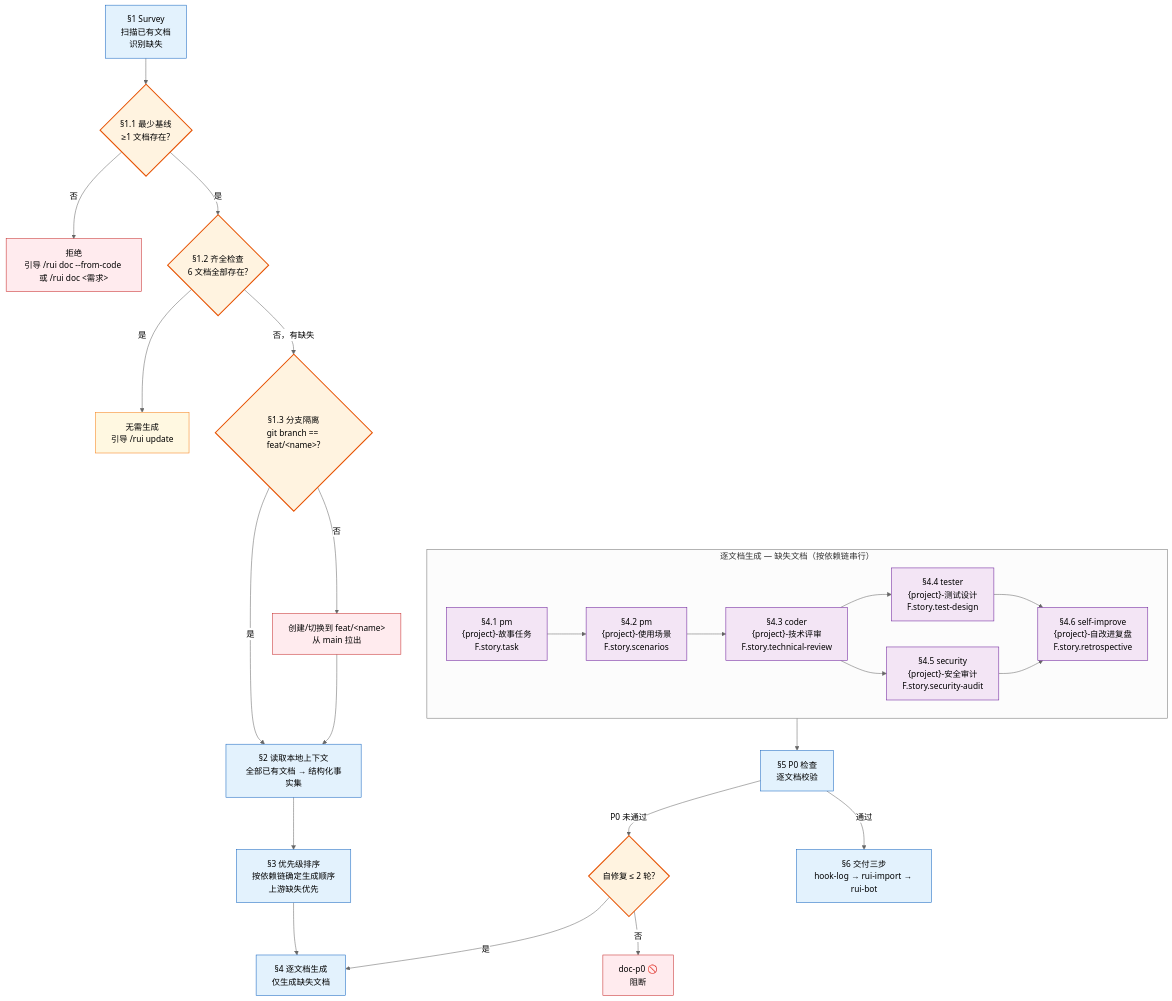
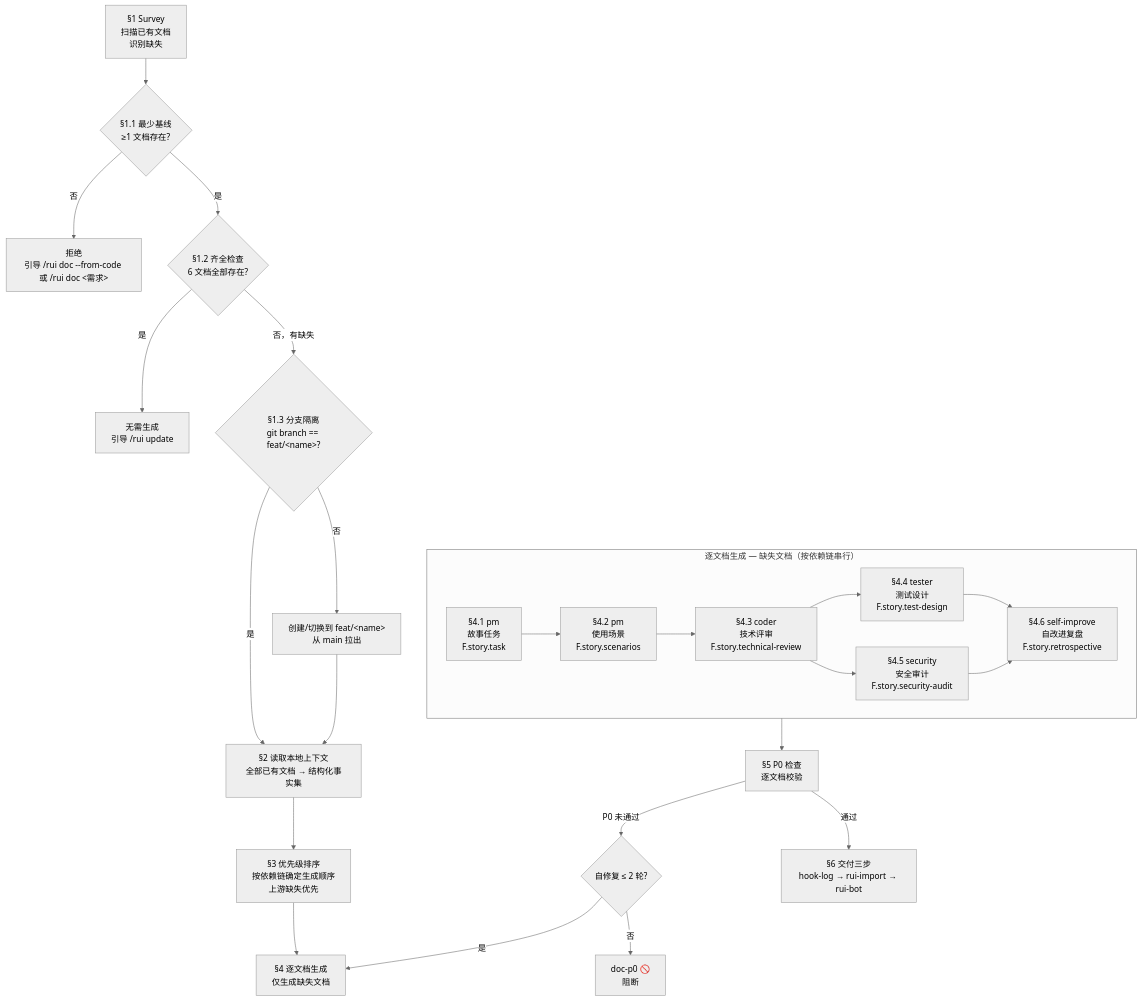
One commit to effiy/YrY changed diagram 17 of 17 in skills/rui/SKILL.md. Above: the diagram before and after it, drawn with Mermaid (neutral theme). The commit also changed other lines of this file and 61 other files, not shown here.

````diff
--- a/skills/rui/SKILL.md
+++ b/skills/rui/SKILL.md
@@ -960,39 +968,33 @@
 ```mermaid
 flowchart TD
     SURVEY["§1 Survey<br/>扫描已有文档<br/>识别缺失"]:::s --> MIN{"§1.1 最少基线<br/>≥1 文档存在?"}:::gate
     MIN -->|"否"| REFUSE["拒绝<br/>引导 /rui doc --from-code 或 /rui doc <需求>"]:::bad
     MIN -->|"是"| ALL{"§1.2 齐全检查<br/>6 文档全部存在?"}:::gate
     ALL -->|"是"| SKIP["无需生成<br/>引导 /rui update <name>"]:::warn
     ALL -->|"否，有缺失"| BRANCH{"§1.3 分支隔离<br/>git branch == feat/&lt;name&gt;?"}:::gate
     BRANCH -->|"否"| SWITCH["创建/切换到 feat/&lt;name&gt;<br/>从 main 拉出"]:::block
     BRANCH -->|"是"| READ["§2 读取本地上下文<br/>全部已有文档 → 结构化事实集"]:::s
     SWITCH --> READ
     READ --> PRIORITY["§3 优先级排序<br/>按依赖链确定生成顺序<br/>上游缺失优先"]:::s
     PRIORITY --> GEN["§4 逐文档生成<br/>仅生成缺失文档"]:::s
     
     subgraph GENSUB["逐文档生成 — 缺失文档（按依赖链串行）"]
         direction LR
-        D1["§4.1 pm<br/>{project}-故事任务<br/>F.story.task"]:::agent
-        D2["§4.2 pm<br/>{project}-使用场景<br/>F.story.scenarios"]:::agent
-        D3["§4.3 coder<br/>{project}-技术评审<br/>F.story.technical-review"]:::agent
-        D4["§4.4 tester<br/>{project}-测试设计<br/>F.story.test-design"]:::agent
-        D5["§4.5 security<br/>{project}-安全审计<br/>F.story.security-audit"]:::agent
-        D6["§4.6 self-improve<br/>{project}-自改进复盘<br/>F.story.retrospective"]:::agent
+        D1["§4.1 pm<br/>故事任务<br/>F.story.task"]:::agent
+        D2["§4.2 pm<br/>使用场景<br/>F.story.scenarios"]:::agent
+        D3["§4.3 coder<br/>技术评审<br/>F.story.technical-review"]:::agent
+        D4["§4.4 tester<br/>测试设计<br/>F.story.test-design"]:::agent
+        D5["§4.5 security<br/>安全审计<br/>F.story.security-audit"]:::agent
+        D6["§4.6 self-improve<br/>自改进复盘<br/>F.story.retrospective"]:::agent
         D1 --> D2 --> D3 --> D4
         D3 --> D5
         D4 & D5 --> D6
     end
 
     GENSUB --> CHECK["§5 P0 检查<br/>逐文档校验"]:::s
     CHECK -->|"P0 未通过"| RETRY{"自修复 ≤ 2 轮?"}:::gate
     RETRY -->|"是"| GEN
     RETRY -->|"否"| BLOCK_DOC["doc-p0 🚫<br/>阻断"]:::bad
     CHECK -->|"通过"| DELIVER["§6 交付三步<br/>hook-log → rui-import → rui-bot"]:::s
 
-    classDef s fill:#e3f2fd,stroke:#1565c0;
-    classDef gate fill:#fff3e0,stroke:#e65100,stroke-width:2px;
-    classDef bad fill:#ffebee,stroke:#c62828;
-    classDef warn fill:#fff8e1,stroke:#f57f17;
-    classDef block fill:#ffebee,stroke:#c62828;
-    classDef agent fill:#f3e5f5,stroke:#6a1b9a;
 ```
````
